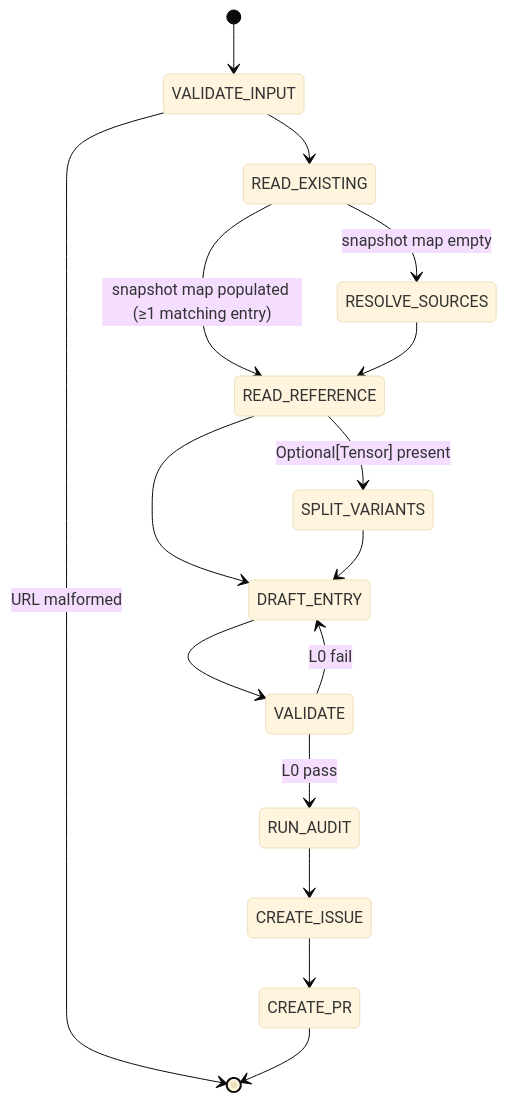
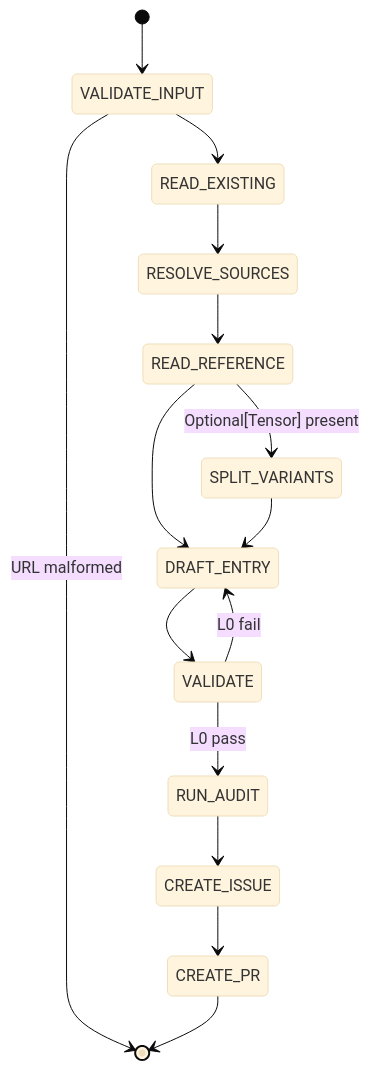
One commit to tile-ai/TileOPs changed the diagram in .claude/skills/add-manifest/SKILL.md. Above: the diagram before and after it, drawn with Mermaid (base theme). The commit also changed other lines of this file, not shown here.

````diff
--- a/.claude/skills/add-manifest/SKILL.md
+++ b/.claude/skills/add-manifest/SKILL.md
@@ -33,18 +33,17 @@
 ```mermaid
 stateDiagram-v2
     [*] --> VALIDATE_INPUT
     VALIDATE_INPUT --> [*]: URL malformed
     VALIDATE_INPUT --> READ_EXISTING
-    READ_EXISTING --> RESOLVE_SOURCES: snapshot map empty
-    READ_EXISTING --> READ_REFERENCE: snapshot map populated (≥1 matching entry)
+    READ_EXISTING --> RESOLVE_SOURCES
     RESOLVE_SOURCES --> READ_REFERENCE
     READ_REFERENCE --> SPLIT_VARIANTS: Optional[Tensor] present
     READ_REFERENCE --> DRAFT_ENTRY
     SPLIT_VARIANTS --> DRAFT_ENTRY
     DRAFT_ENTRY --> VALIDATE
     VALIDATE --> DRAFT_ENTRY: L0 fail
     VALIDATE --> RUN_AUDIT: L0 pass
     RUN_AUDIT --> CREATE_ISSUE
     CREATE_ISSUE --> CREATE_PR
     CREATE_PR --> [*]
 ```
````
